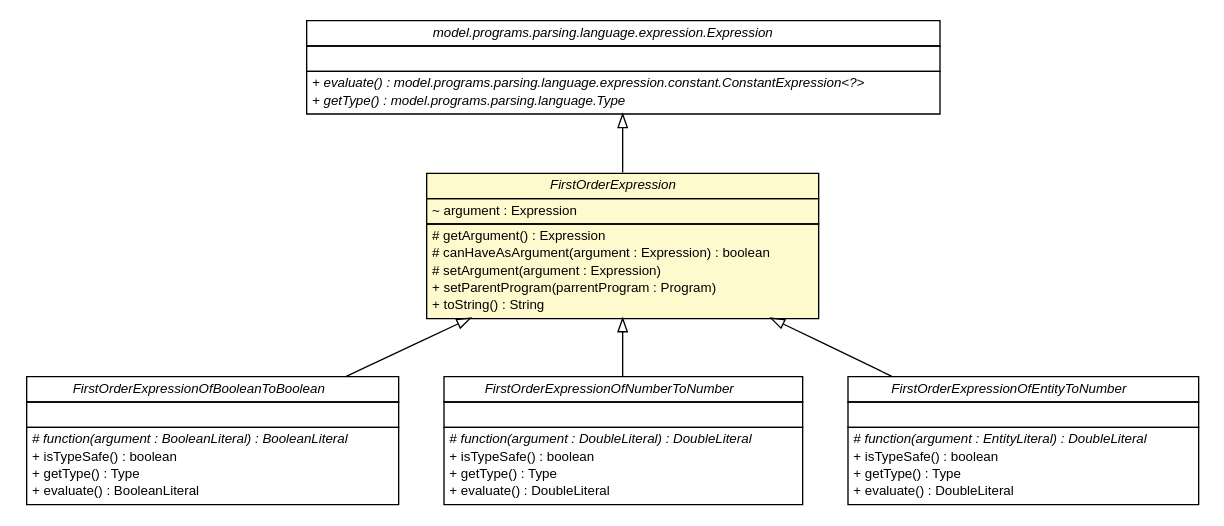
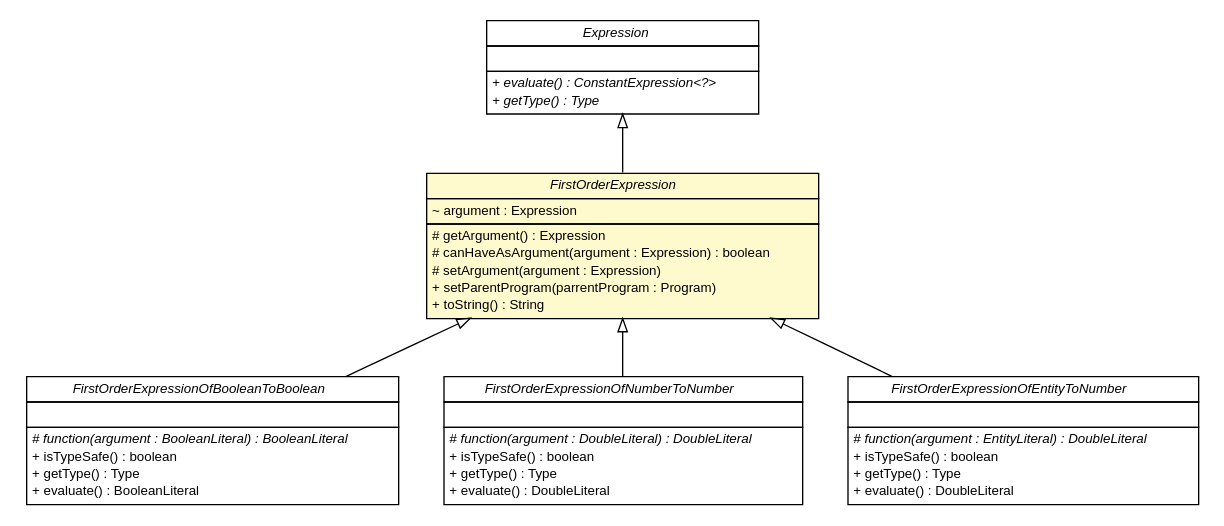
Before and after one commit to sinopeus/asteroids: the diagram in doc/model/programs/parsing/language/expression/first_order/FirstOrderExpression.dot, drawn with Graphviz. The commit also changed 412 other files, not shown here.

Commit message:
Some more UML shit.

```diff
--- a/doc/model/programs/parsing/language/expression/first_order/FirstOrderExpression.dot
+++ b/doc/model/programs/parsing/language/expression/first_order/FirstOrderExpression.dot
@@ -1,94 +1,94 @@
 #!/usr/local/bin/dot
 #
 # Class diagram 
 # Generated by UMLGraph version R5_6 (http://www.umlgraph.org/)
 #
 
 digraph G {
 	edge [fontname="Helvetica",fontsize=10,labelfontname="Helvetica",labelfontsize=10];
 	node [fontname="Helvetica",fontsize=10,shape=plaintext];
 	nodesep=0.25;
 	ranksep=0.5;
 	// model.programs.parsing.language.expression.Expression
 	c9590 [label=<<table title="model.programs.parsing.language.expression.Expression" border="0" cellborder="1" cellspacing="0" cellpadding="2" port="p" href="../Expression.html">
 		<tr><td><table border="0" cellspacing="0" cellpadding="1">
-<tr><td align="center" balign="center"><font face="Helvetica-Oblique"> model.programs.parsing.language.expression.Expression </font></td></tr>
+<tr><td align="center" balign="center"><font face="Helvetica-Oblique"> Expression </font></td></tr>
 		</table></td></tr>
 		<tr><td><table border="0" cellspacing="0" cellpadding="1">
 <tr><td align="left" balign="left">  </td></tr>
 		</table></td></tr>
 		<tr><td><table border="0" cellspacing="0" cellpadding="1">
-<tr><td align="left" balign="left"><font face="Helvetica-Oblique" point-size="10.0"> + evaluate() : model.programs.parsing.language.expression.constant.ConstantExpression&lt;?&gt; </font></td></tr>
-<tr><td align="left" balign="left"><font face="Helvetica-Oblique" point-size="10.0"> + getType() : model.programs.parsing.language.Type </font></td></tr>
+<tr><td align="left" balign="left"><font face="Helvetica-Oblique" point-size="10.0"> + evaluate() : ConstantExpression&lt;?&gt; </font></td></tr>
+<tr><td align="left" balign="left"><font face="Helvetica-Oblique" point-size="10.0"> + getType() : Type </font></td></tr>
 		</table></td></tr>
 		</table>>, URL="../Expression.html", fontname="Helvetica", fontcolor="black", fontsize=10.0];
 	// model.programs.parsing.language.expression.first_order.FirstOrderExpressionOfBooleanToBoolean
 	c9602 [label=<<table title="model.programs.parsing.language.expression.first_order.FirstOrderExpressionOfBooleanToBoolean" border="0" cellborder="1" cellspacing="0" cellpadding="2" port="p" href="./FirstOrderExpressionOfBooleanToBoolean.html">
 		<tr><td><table border="0" cellspacing="0" cellpadding="1">
 <tr><td align="center" balign="center"><font face="Helvetica-Oblique"> FirstOrderExpressionOfBooleanToBoolean </font></td></tr>
 		</table></td></tr>
 		<tr><td><table border="0" cellspacing="0" cellpadding="1">
 <tr><td align="left" balign="left">  </td></tr>
 		</table></td></tr>
 		<tr><td><table border="0" cellspacing="0" cellpadding="1">
 <tr><td align="left" balign="left"><font face="Helvetica-Oblique" point-size="10.0"> # function(argument : BooleanLiteral) : BooleanLiteral </font></td></tr>
 <tr><td align="left" balign="left"> + isTypeSafe() : boolean </td></tr>
 <tr><td align="left" balign="left"> + getType() : Type </td></tr>
 <tr><td align="left" balign="left"> + evaluate() : BooleanLiteral </td></tr>
 		</table></td></tr>
 		</table>>, URL="./FirstOrderExpressionOfBooleanToBoolean.html", fontname="Helvetica", fontcolor="black", fontsize=10.0];
 	// model.programs.parsing.language.expression.first_order.FirstOrderExpression
 	c9607 [label=<<table title="model.programs.parsing.language.expression.first_order.FirstOrderExpression" border="0" cellborder="1" cellspacing="0" cellpadding="2" port="p" bgcolor="lemonChiffon" href="./FirstOrderExpression.html">
 		<tr><td><table border="0" cellspacing="0" cellpadding="1">
 <tr><td align="center" balign="center"><font face="Helvetica-Oblique"> FirstOrderExpression </font></td></tr>
 		</table></td></tr>
 		<tr><td><table border="0" cellspacing="0" cellpadding="1">
 <tr><td align="left" balign="left"> ~ argument : Expression </td></tr>
 		</table></td></tr>
 		<tr><td><table border="0" cellspacing="0" cellpadding="1">
 <tr><td align="left" balign="left"> # getArgument() : Expression </td></tr>
 <tr><td align="left" balign="left"> # canHaveAsArgument(argument : Expression) : boolean </td></tr>
 <tr><td align="left" balign="left"> # setArgument(argument : Expression) </td></tr>
 <tr><td align="left" balign="left"> + setParentProgram(parrentProgram : Program) </td></tr>
 <tr><td align="left" balign="left"> + toString() : String </td></tr>
 		</table></td></tr>
 		</table>>, URL="./FirstOrderExpression.html", fontname="Helvetica", fontcolor="black", fontsize=10.0];
 	// model.programs.parsing.language.expression.first_order.FirstOrderExpressionOfNumberToNumber
 	c9608 [label=<<table title="model.programs.parsing.language.expression.first_order.FirstOrderExpressionOfNumberToNumber" border="0" cellborder="1" cellspacing="0" cellpadding="2" port="p" href="./FirstOrderExpressionOfNumberToNumber.html">
 		<tr><td><table border="0" cellspacing="0" cellpadding="1">
 <tr><td align="center" balign="center"><font face="Helvetica-Oblique"> FirstOrderExpressionOfNumberToNumber </font></td></tr>
 		</table></td></tr>
 		<tr><td><table border="0" cellspacing="0" cellpadding="1">
 <tr><td align="left" balign="left">  </td></tr>
 		</table></td></tr>
 		<tr><td><table border="0" cellspacing="0" cellpadding="1">
 <tr><td align="left" balign="left"><font face="Helvetica-Oblique" point-size="10.0"> # function(argument : DoubleLiteral) : DoubleLiteral </font></td></tr>
 <tr><td align="left" balign="left"> + isTypeSafe() : boolean </td></tr>
 <tr><td align="left" balign="left"> + getType() : Type </td></tr>
 <tr><td align="left" balign="left"> + evaluate() : DoubleLiteral </td></tr>
 		</table></td></tr>
 		</table>>, URL="./FirstOrderExpressionOfNumberToNumber.html", fontname="Helvetica", fontcolor="black", fontsize=10.0];
 	// model.programs.parsing.language.expression.first_order.FirstOrderExpressionOfEntityToNumber
 	c9610 [label=<<table title="model.programs.parsing.language.expression.first_order.FirstOrderExpressionOfEntityToNumber" border="0" cellborder="1" cellspacing="0" cellpadding="2" port="p" href="./FirstOrderExpressionOfEntityToNumber.html">
 		<tr><td><table border="0" cellspacing="0" cellpadding="1">
 <tr><td align="center" balign="center"><font face="Helvetica-Oblique"> FirstOrderExpressionOfEntityToNumber </font></td></tr>
 		</table></td></tr>
 		<tr><td><table border="0" cellspacing="0" cellpadding="1">
 <tr><td align="left" balign="left">  </td></tr>
 		</table></td></tr>
 		<tr><td><table border="0" cellspacing="0" cellpadding="1">
 <tr><td align="left" balign="left"><font face="Helvetica-Oblique" point-size="10.0"> # function(argument : EntityLiteral) : DoubleLiteral </font></td></tr>
 <tr><td align="left" balign="left"> + isTypeSafe() : boolean </td></tr>
 <tr><td align="left" balign="left"> + getType() : Type </td></tr>
 <tr><td align="left" balign="left"> + evaluate() : DoubleLiteral </td></tr>
 		</table></td></tr>
 		</table>>, URL="./FirstOrderExpressionOfEntityToNumber.html", fontname="Helvetica", fontcolor="black", fontsize=10.0];
 	//model.programs.parsing.language.expression.first_order.FirstOrderExpressionOfBooleanToBoolean extends model.programs.parsing.language.expression.first_order.FirstOrderExpression
 	c9607:p -> c9602:p [dir=back,arrowtail=empty];
 	//model.programs.parsing.language.expression.first_order.FirstOrderExpression extends model.programs.parsing.language.expression.Expression
 	c9590:p -> c9607:p [dir=back,arrowtail=empty];
 	//model.programs.parsing.language.expression.first_order.FirstOrderExpressionOfNumberToNumber extends model.programs.parsing.language.expression.first_order.FirstOrderExpression
 	c9607:p -> c9608:p [dir=back,arrowtail=empty];
 	//model.programs.parsing.language.expression.first_order.FirstOrderExpressionOfEntityToNumber extends model.programs.parsing.language.expression.first_order.FirstOrderExpression
 	c9607:p -> c9610:p [dir=back,arrowtail=empty];
 }
```
